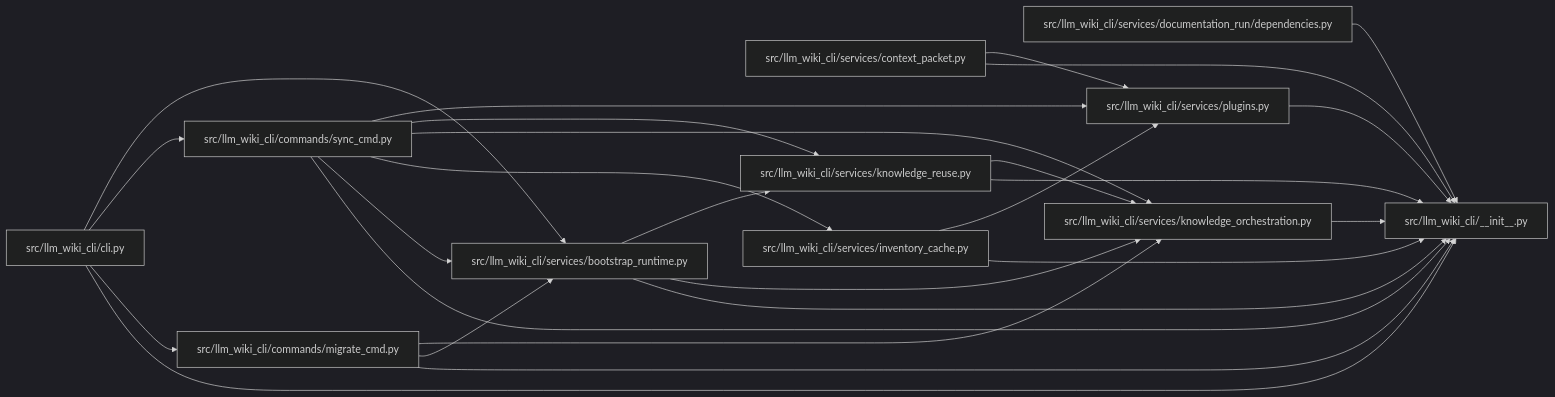
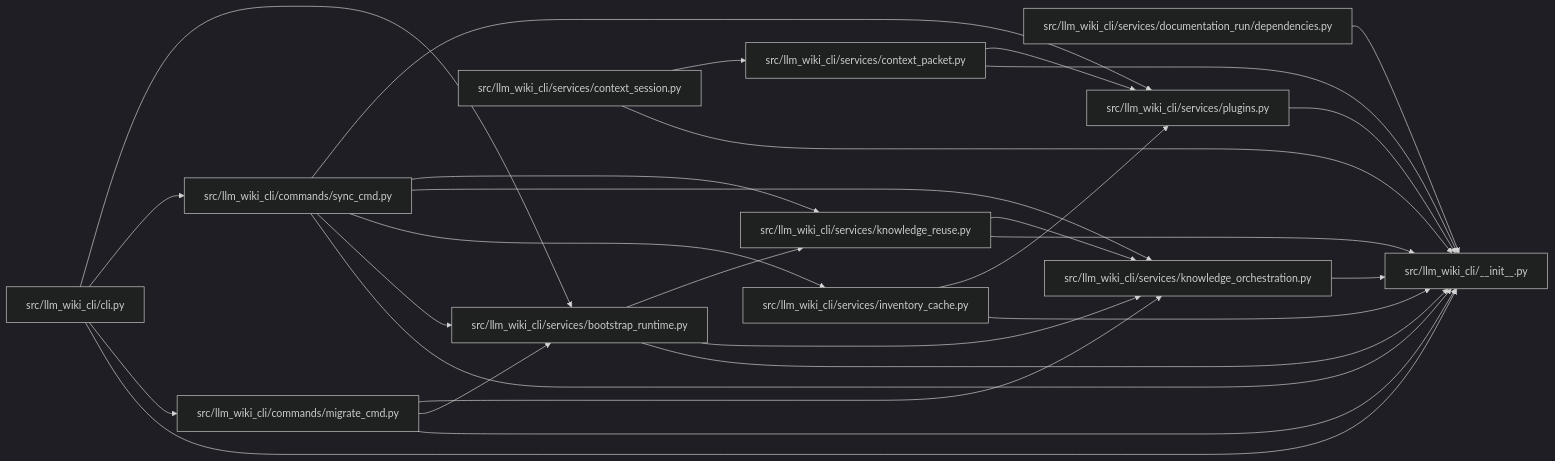
Before and after one commit to Denissvgn/python-wiki-llm: the diagram in docs/llm_wiki/modules/llm_wiki_cli___init__.md, drawn with Mermaid (dark theme). The commit also changed other lines of this file and 865 other files, not shown here.

````diff
--- a/docs/llm_wiki/modules/llm_wiki_cli___init__.md
+++ b/docs/llm_wiki/modules/llm_wiki_cli___init__.md
@@ -18,50 +18,54 @@
 ```mermaid
 flowchart LR
     n0["src/llm_wiki_cli/__init__.py"]
     n1["src/llm_wiki_cli/cli.py"]
     n2["src/llm_wiki_cli/commands/migrate_cmd.py"]
     n3["src/llm_wiki_cli/commands/sync_cmd.py"]
     n4["src/llm_wiki_cli/services/bootstrap_runtime.py"]
     n5["src/llm_wiki_cli/services/context_packet.py"]
-    n6["src/llm_wiki_cli/services/documentation_run/dependencies.py"]
-    n7["src/llm_wiki_cli/services/inventory_cache.py"]
-    n8["src/llm_wiki_cli/services/knowledge_orchestration.py"]
-    n9["src/llm_wiki_cli/services/knowledge_reuse.py"]
-    n10["src/llm_wiki_cli/services/plugins.py"]
+    n6["src/llm_wiki_cli/services/context_session.py"]
+    n7["src/llm_wiki_cli/services/documentation_run/dependencies.py"]
+    n8["src/llm_wiki_cli/services/inventory_cache.py"]
+    n9["src/llm_wiki_cli/services/knowledge_orchestration.py"]
+    n10["src/llm_wiki_cli/services/knowledge_reuse.py"]
+    n11["src/llm_wiki_cli/services/plugins.py"]
     n1 --> n0
     n1 --> n2
     n1 --> n3
     n1 --> n4
     n2 --> n0
     n2 --> n4
-    n2 --> n8
+    n2 --> n9
     n3 --> n0
     n3 --> n4
-    n3 --> n7
     n3 --> n8
     n3 --> n9
     n3 --> n10
+    n3 --> n11
     n4 --> n0
-    n4 --> n8
     n4 --> n9
+    n4 --> n10
     n5 --> n0
-    n5 --> n10
+    n5 --> n11
     n6 --> n0
+    n6 --> n5
     n7 --> n0
-    n7 --> n10
     n8 --> n0
+    n8 --> n11
     n9 --> n0
-    n9 --> n8
     n10 --> n0
+    n10 --> n9
+    n11 --> n0
     click n0 "../modules/llm_wiki_cli___init__.md"
     click n1 "../modules/cli.md"
     click n2 "../modules/migrate_cmd.md"
     click n3 "../modules/sync_cmd.md"
     click n4 "../modules/bootstrap_runtime.md"
     click n5 "../modules/context_packet.md"
-    click n6 "../modules/documentation_run_dependencies.md"
-    click n7 "../modules/inventory_cache.md"
-    click n8 "../modules/knowledge_orchestration.md"
-    click n9 "../modules/knowledge_reuse.md"
-    click n10 "../modules/plugins.md"
+    click n6 "../modules/context_session.md"
+    click n7 "../modules/documentation_run_dependencies.md"
+    click n8 "../modules/inventory_cache.md"
+    click n9 "../modules/knowledge_orchestration.md"
+    click n10 "../modules/knowledge_reuse.md"
+    click n11 "../modules/plugins.md"
 ```
````
